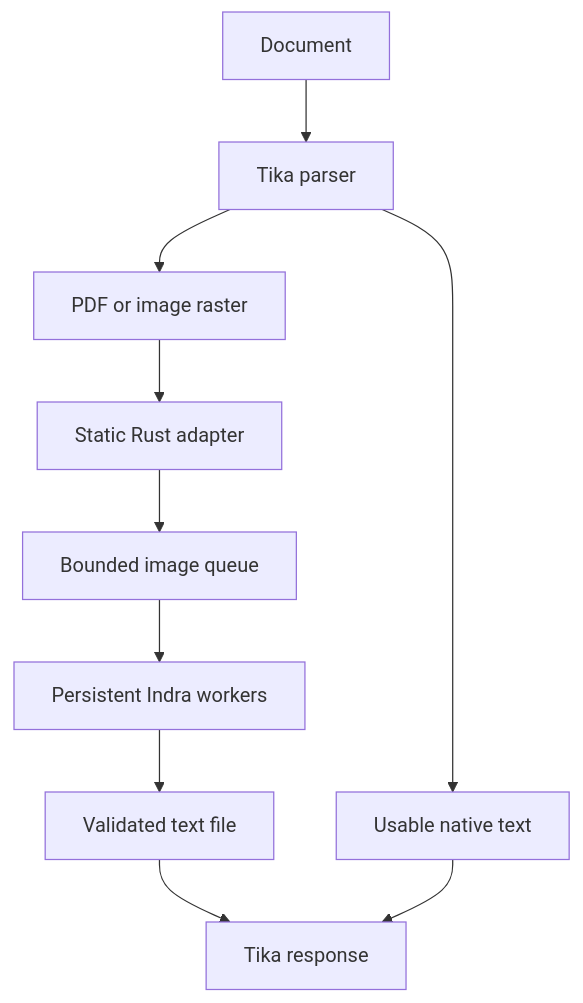
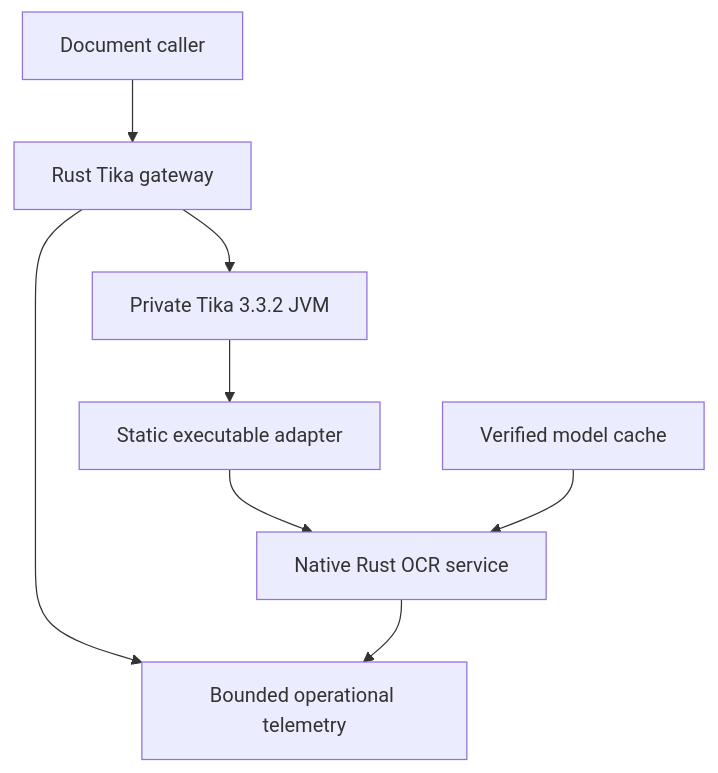
The diagram in docs/design.md (somehowchris/tika-indra-ocr-client), drawn with Mermaid before and after one commit. The commit also changed other lines of this file and 29 other files, not shown here.

First line of the commit message:
docs: upload native architecture, operating guide and honest evidence report

````diff
--- a/docs/design.md
+++ b/docs/design.md
@@ -7,12 +18,10 @@
 ```mermaid
 flowchart TD
-    D["Document"] --> T["Tika parser"]
-    T --> N["Usable native text"]
-    T --> R["PDF or image raster"]
-    R --> C["Static Rust adapter"]
-    C --> Q["Bounded image queue"]
-    Q --> I["Persistent Indra workers"]
-    I --> O["Validated text file"]
-    O --> X["Tika response"]
-    N --> X
+  Caller["Document caller"] --> Gateway["Rust Tika gateway"]
+  Gateway --> Java["Private Tika 3.3.2 JVM"]
+  Java --> Bridge["Static executable adapter"]
+  Bridge --> OCR["Native Rust OCR service"]
+  Cache["Verified model cache"] --> OCR
+  Gateway --> Evidence["Bounded operational telemetry"]
+  OCR --> Evidence
 ```
````
